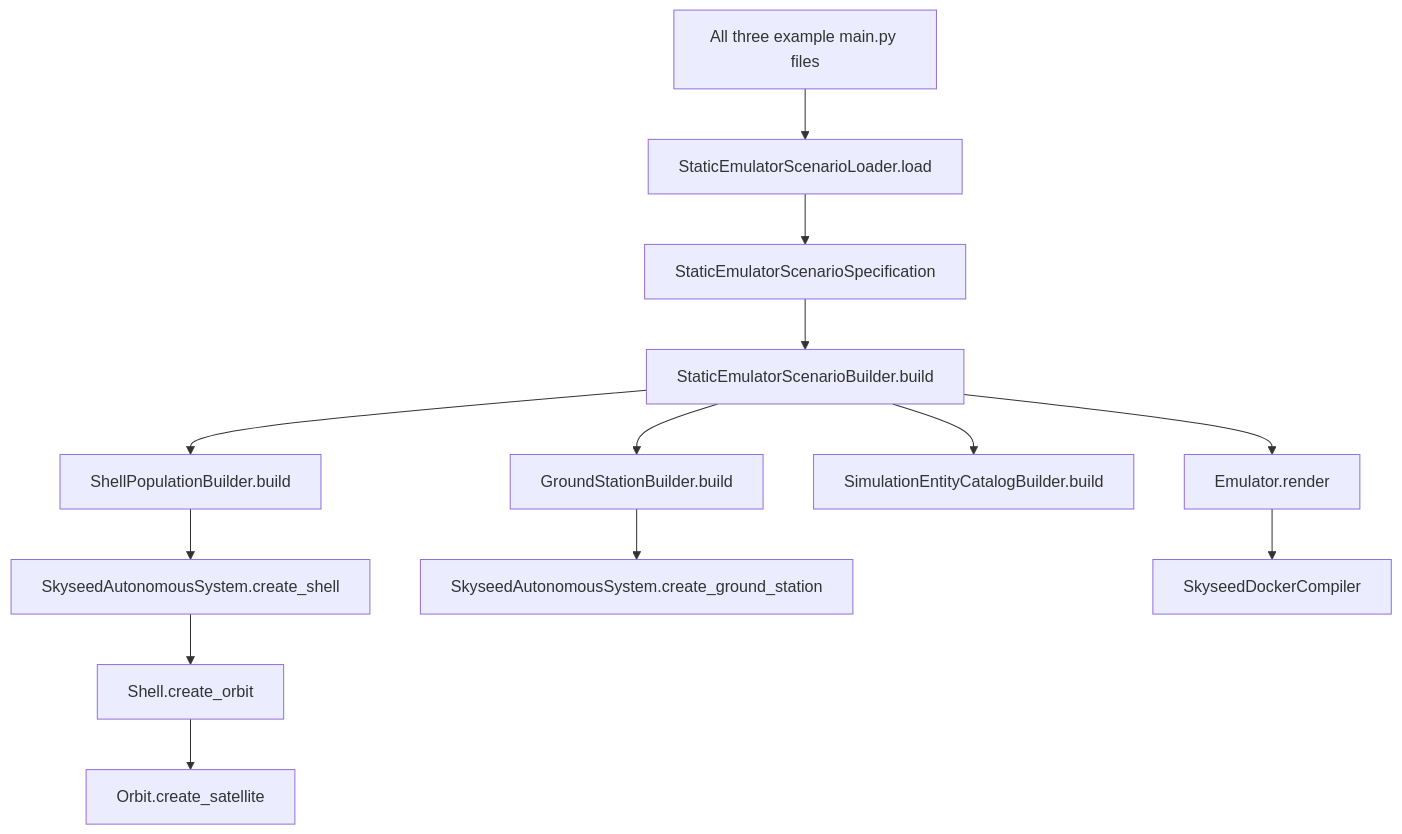
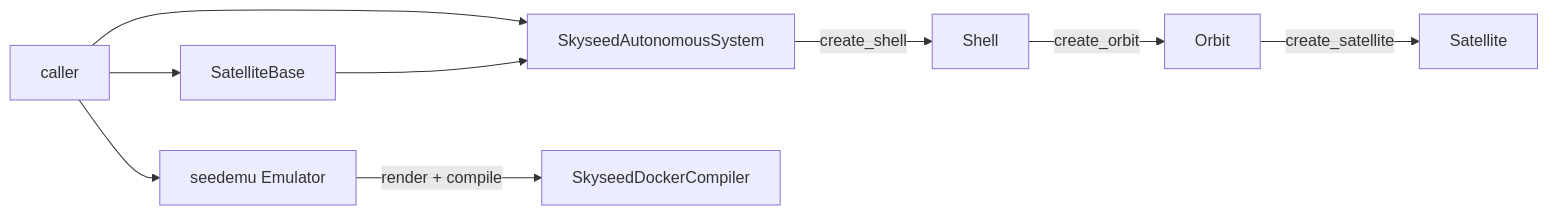
Before and after one commit to seed-labs/skyseed: the first of 4 diagrams in skyseed_v2/docs/architecture/emulator-public-construction-api.md, drawn with Mermaid. The commit also changed other lines of this file and 22 other files, not shown here.

Commit message:
Synchronize package architecture records

````diff
--- a/skyseed_v2/docs/architecture/emulator-public-construction-api.md
+++ b/skyseed_v2/docs/architecture/emulator-public-construction-api.md
@@ -188,22 +63,11 @@
 ```mermaid
-flowchart TD
-    Example[All three example main.py files]
-    Loader[StaticEmulatorScenarioLoader.load]
-    Spec[StaticEmulatorScenarioSpecification]
-    Facade[StaticEmulatorScenarioBuilder.build]
-    ShellBuilder[ShellPopulationBuilder.build]
-    GSBuilder[GroundStationBuilder.build]
-    ASCreate[SkyseedAutonomousSystem.create_shell]
-    ShellCreate[Shell.create_orbit]
-    OrbitCreate[Orbit.create_satellite]
-    GSCreate[SkyseedAutonomousSystem.create_ground_station]
-    Catalog[SimulationEntityCatalogBuilder.build]
-    Render[Emulator.render]
-    Compiler[SkyseedDockerCompiler]
-
-    Example --> Loader --> Spec --> Facade
-    Facade --> ShellBuilder --> ASCreate --> ShellCreate --> OrbitCreate
-    Facade --> GSBuilder --> GSCreate
-    Facade --> Catalog
-    Facade --> Render --> Compiler
+flowchart LR
+    U[caller] --> E[seedemu Emulator]
+    U --> B[SatelliteBase]
+    U --> A[SkyseedAutonomousSystem]
+    B --> A
+    A -->|create_shell| S[Shell]
+    S -->|create_orbit| O[Orbit]
+    O -->|create_satellite| T[Satellite]
+    E -->|render + compile| C[SkyseedDockerCompiler]
 ```
````
